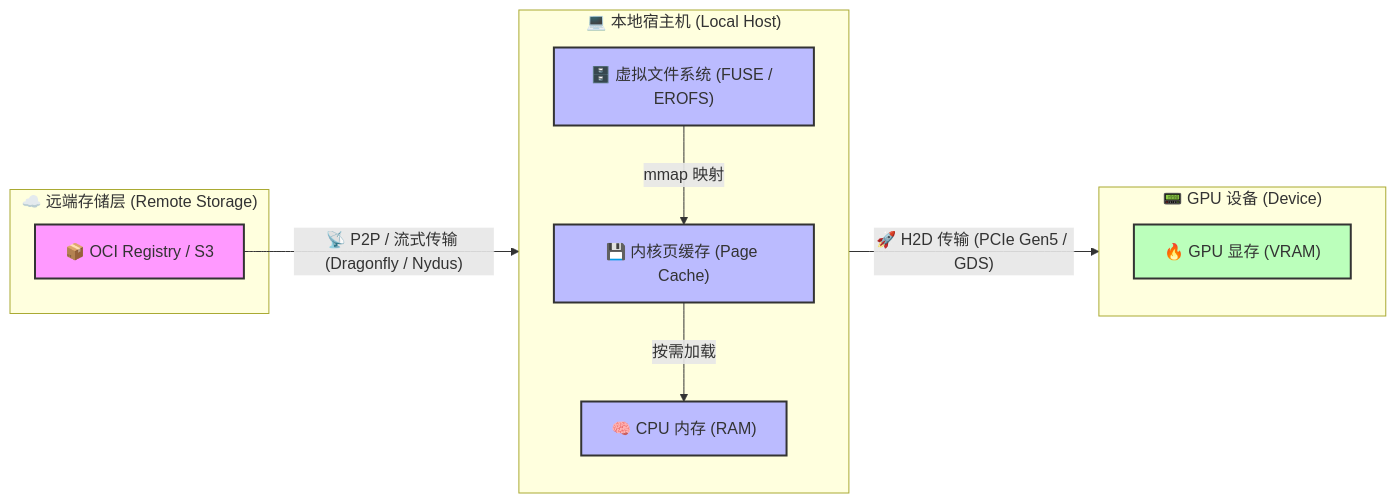
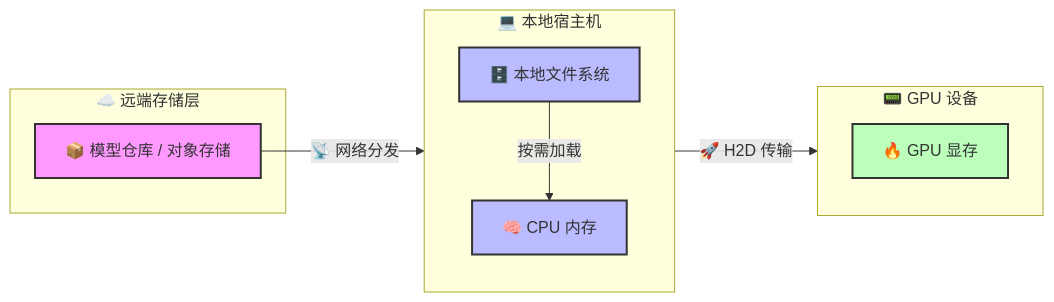
Before and after one commit to Random-Liu/llm-inference-principle-to-production: the diagram in parts/part5_k8s.cn.md, drawn with Mermaid. The commit also changed 1 other file, not shown here.

Commit message:
docs: simplify overview diagram in Ch21 to remove implementation-specific details

````diff
--- a/parts/part5_k8s.cn.md
+++ b/parts/part5_k8s.cn.md
@@ -51,38 +51,30 @@
 ```mermaid
 graph LR
-    %% 远端层
-    subgraph Remote["☁️ 远端存储层 (Remote Storage)"]
-        Registry["📦 OCI Registry / S3"]
+    subgraph Remote["☁️ 远端存储层"]
+        Registry["📦 模型仓库 / 对象存储"]
     end
 
-    %% 网络传输与分发
-    Registry -->|"📡 P2P / 流式传输 (Dragonfly / Nydus)"| Host
-    
-    %% 本地主机层
-    subgraph Host["💻 本地宿主机 (Local Host)"]
+    Registry -->|"📡 网络分发"| Host
+
+    subgraph Host["💻 本地宿主机"]
         direction TB
-        FS["🗄️ 虚拟文件系统 (FUSE / EROFS)"]
-        PageCache["💾 内核页缓存 (Page Cache)"]
-        CPUMem["🧠 CPU 内存 (RAM)"]
-        
-        FS -->|"mmap 映射"| PageCache
-        PageCache -->|"按需加载"| CPUMem
+        FS["🗄️ 本地文件系统"]
+        CPUMem["🧠 CPU 内存"]
+
+        FS -->|"按需加载"| CPUMem
     end
 
-    %% 硬件总线
-    Host -->|"🚀 H2D 传输 (PCIe Gen5 / GDS)"| GPU
+    Host -->|"🚀 H2D 传输"| GPU
 
-    %% GPU层
-    subgraph GPU["📟 GPU 设备 (Device)"]
-        VRAM["🔥 GPU 显存 (VRAM)"]
+    subgraph GPU["📟 GPU 设备"]
+        VRAM["🔥 GPU 显存"]
     end
 
-    %% 样式
     classDef remote fill:#f9f,stroke:#333,stroke-width:2px;
     classDef host fill:#bbf,stroke:#333,stroke-width:2px;
     classDef gpu fill:#bfb,stroke:#333,stroke-width:2px;
-    
+
     class Registry remote;
-    class FS,PageCache,CPUMem host;
+    class FS,CPUMem host;
     class VRAM gpu;
 ```
````
